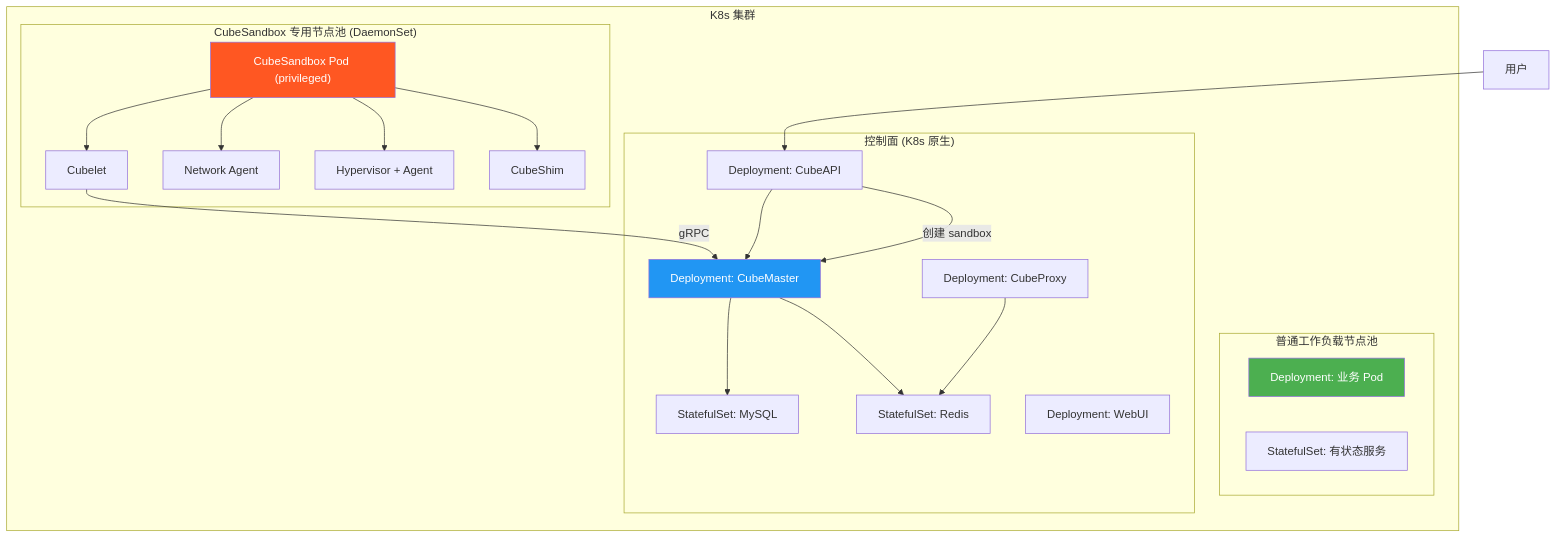
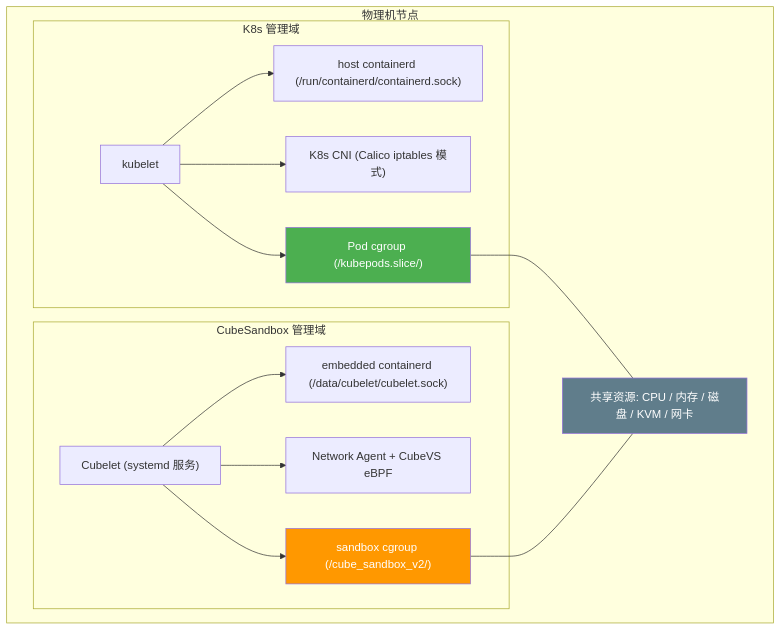
Before and after one commit to s0okiym/CubeSandbox: the first of 2 diagrams in docs/k8s-deployment-analysis.md, drawn with Mermaid. The commit also changed other lines of this file, not shown here.

````diff
--- a/docs/k8s-deployment-analysis.md
+++ b/docs/k8s-deployment-analysis.md
@@ -111,39 +17,33 @@
 ```mermaid
 flowchart TB
-    subgraph "K8s 集群"
-        subgraph "普通工作负载节点池"
-            A["Deployment: 业务 Pod"]
-            B["StatefulSet: 有状态服务"]
+    subgraph "物理机节点"
+        subgraph "K8s 管理域"
+            A["kubelet"]
+            B["host containerd (/run/containerd/containerd.sock)"]
+            C["K8s CNI (Calico iptables 模式)"]
+            D["Pod cgroup (/kubepods.slice/)"]
+            A --> B
+            A --> C
+            A --> D
         end
 
-        subgraph "CubeSandbox 专用节点池 (DaemonSet)"
-            C["CubeSandbox Pod (privileged)"]
-            C --> D["Cubelet"]
-            C --> E["Network Agent"]
-            C --> F["Hypervisor + Agent"]
-            C --> G["CubeShim"]
+        subgraph "CubeSandbox 管理域"
+            E["Cubelet (systemd 服务)"]
+            F["embedded containerd (/data/cubelet/cubelet.sock)"]
+            G["Network Agent + CubeVS eBPF"]
+            H["sandbox cgroup (/cube_sandbox_v2/)"]
+            E --> F
+            E --> G
+            E --> H
         end
 
-        subgraph "控制面 (K8s 原生)"
-            H["Deployment: CubeMaster"]
-            I["Deployment: CubeAPI"]
-            J["Deployment: CubeProxy"]
-            K["StatefulSet: MySQL"]
-            L["StatefulSet: Redis"]
-            M["Deployment: WebUI"]
-        end
-
-        D -->|"gRPC"| H
-        H --> K
-        H --> L
-        I --> H
-        J --> L
+        I["共享资源: CPU / 内存 / 磁盘 / KVM / 网卡"]
     end
 
-    N["用户"] --> I
-    I -->|"创建 sandbox"| H
+    D --- I
+    H --- I
 
-    style C fill:#FF5722,color:#fff
-    style A fill:#4CAF50,color:#fff
-    style H fill:#2196F3,color:#fff
+    style D fill:#4CAF50,color:#fff
+    style H fill:#FF9800,color:#fff
+    style I fill:#607D8B,color:#fff
 ```
````
